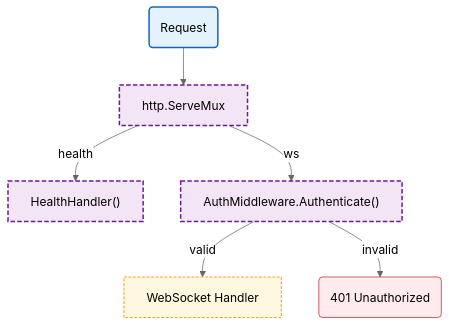
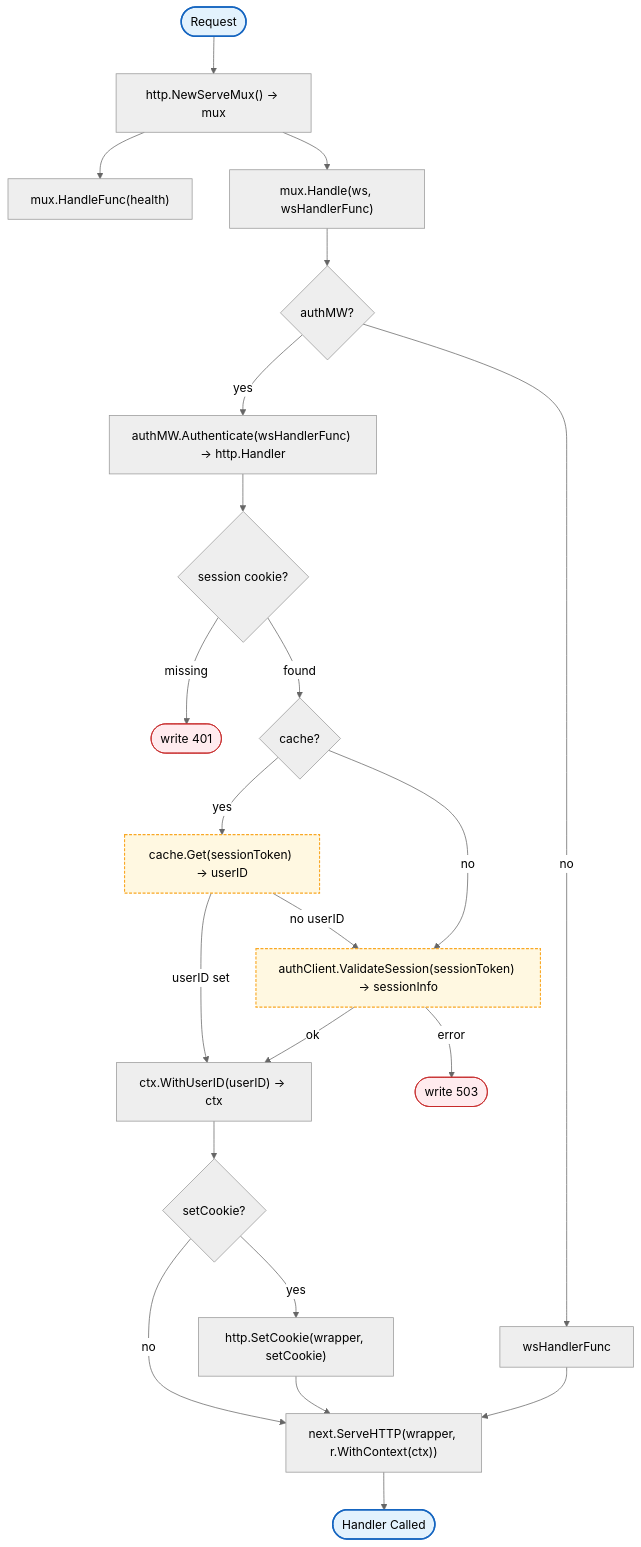
Before and after one commit to radch-ai/ava: the diagram in docs/internal/server/README.md, drawn with Mermaid (neutral theme). The commit also changed other lines of this file and 24 other files, not shown here.

````diff
--- a/docs/internal/server/README.md
+++ b/docs/internal/server/README.md
@@ -7,21 +7,35 @@
 ```mermaid
 flowchart TB
-    Start("Request") --> Mux["http.ServeMux"]
-    Mux -->|health| Health["HealthHandler()"]
-    Mux -->|ws| AuthMW["AuthMiddleware.Authenticate()"]
+    Start([Request]) --> NewMux["http.NewServeMux() → mux"]
+    NewMux --> HandleHealth["mux.HandleFunc(health)"]
+    NewMux --> HandleWS["mux.Handle(ws, wsHandlerFunc)"]
+    HandleWS --> CheckAuth{authMW?}
+    CheckAuth -->|yes| AuthFunc["authMW.Authenticate(wsHandlerFunc) → http.Handler"]
+    CheckAuth -->|no| UseHandler["wsHandlerFunc"]
+    AuthFunc --> CheckCookie{session cookie?}
+    CheckCookie -->|missing| AuthErr(["write 401"])
+    CheckCookie -->|found| CheckCache{cache?}
+    CheckCache -->|yes| GetCache["cache.Get(sessionToken) → userID"]
+    GetCache -->|no userID| Validate["authClient.ValidateSession(sessionToken) → sessionInfo"]
+    GetCache -->|userID set| WithUserID["ctx.WithUserID(userID) → ctx"]
+    CheckCache -->|no| Validate
+    Validate -->|error| ServiceErr(["write 503"])
+    Validate -->|ok| WithUserID
+    WithUserID --> SetCookie{setCookie?}
+    SetCookie -->|yes| SetWrap["http.SetCookie(wrapper, setCookie)"]
+    SetCookie -->|no| Next["next.ServeHTTP(wrapper, r.WithContext(ctx))"]
+    SetWrap --> Next
+    UseHandler --> Next
+    Next --> Done([Handler Called])
 
-    AuthMW -->|valid| WSHandler["WebSocket Handler"]
-    AuthMW -->|invalid| AuthErr("401 Unauthorized")
-
-    click WSHandler href "../websocket.md"
+    click Validate href "auth.md"
+    click GetCache href "auth.md"
 
     classDef mainFn fill:#e3f2fd,stroke:#1565c0,stroke-width:2px
-    classDef internalFn fill:#f3e5f5,stroke:#6a1b9a,stroke-width:2px,stroke-dasharray:6 3
     classDef localPkgs fill:#fff8e1,stroke:#f9a825,stroke-width:1.5px,stroke-dasharray:4 2
     classDef errorFlow fill:#ffebee,stroke:#c62828,stroke-width:1px
 
-    class Start mainFn
-    class Mux,Health,AuthMW internalFn
-    class WSHandler localPkgs
-    class AuthErr errorFlow
+    class Start,Done mainFn
+    class Validate,GetCache localPkgs
+    class AuthErr,ServiceErr errorFlow
 ```
````
